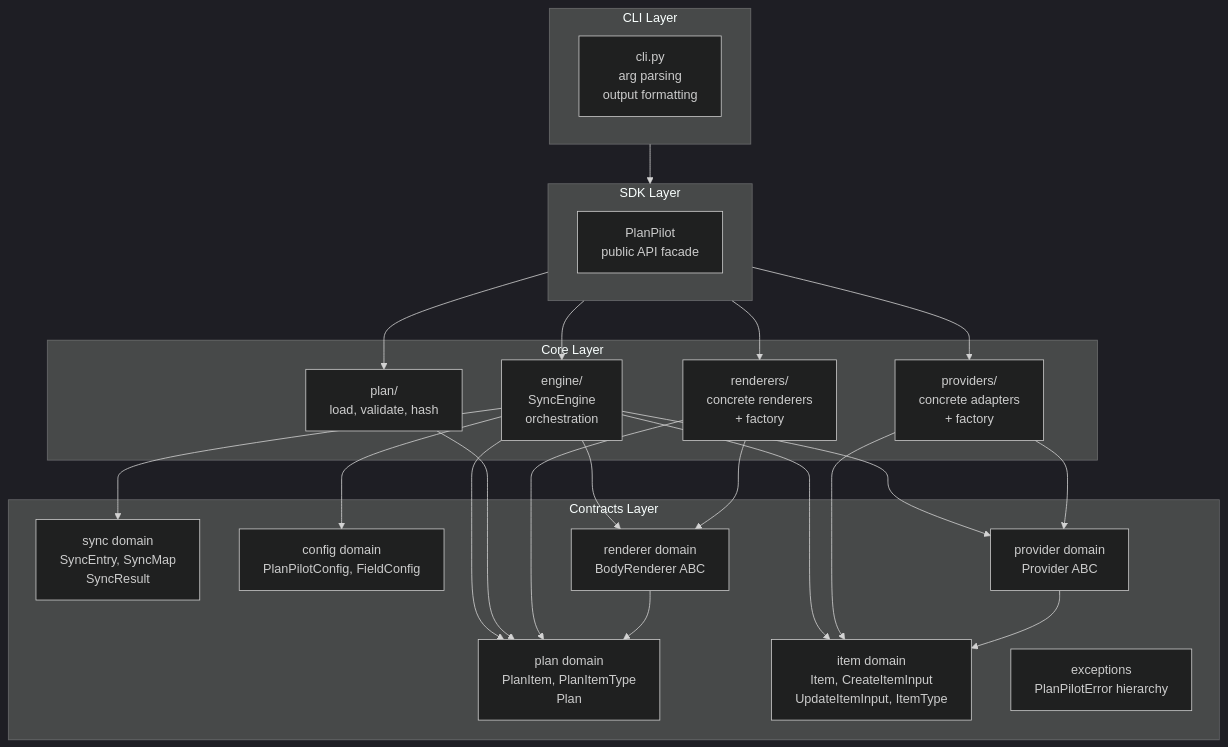
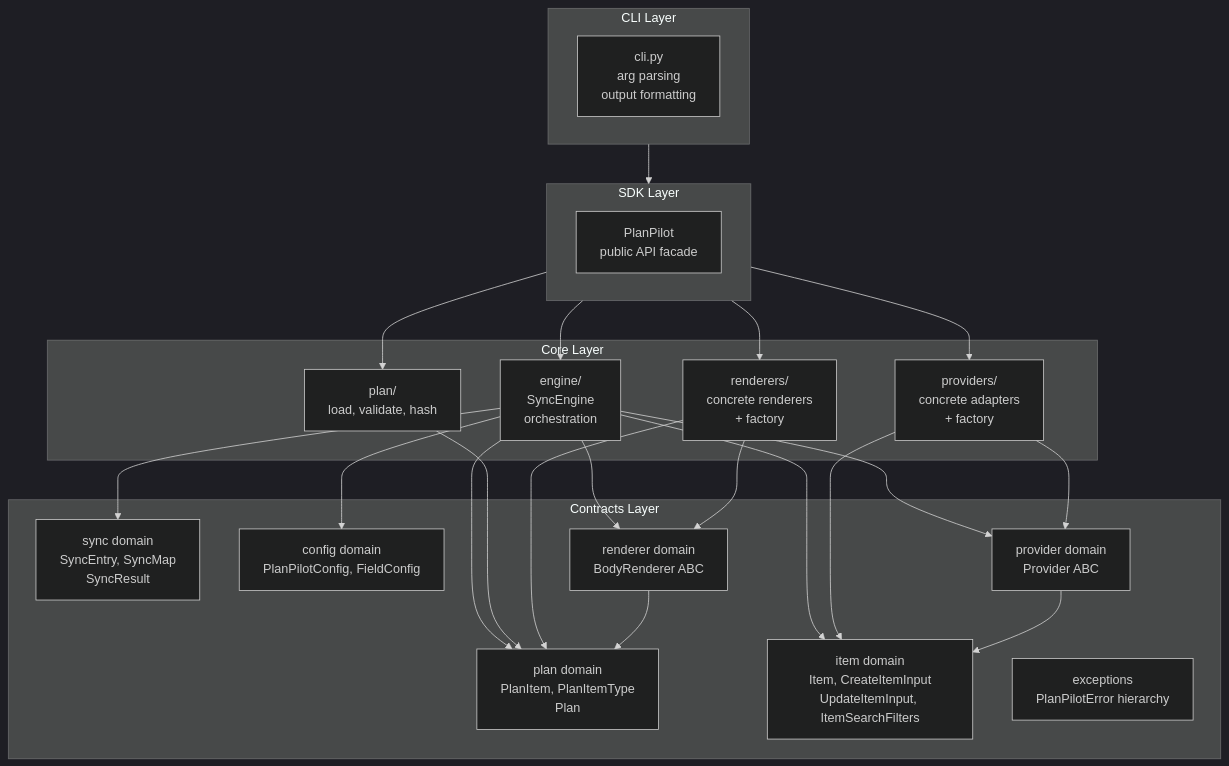
Before and after one commit to aryeko/planpilot: the first of 3 diagrams in docs/v2/architecture.md, drawn with Mermaid (dark theme). The commit also changed other lines of this file and 4 other files, not shown here.

````diff
--- a/docs/v2/architecture.md
+++ b/docs/v2/architecture.md
@@ -22,46 +22,46 @@
 ```mermaid
 flowchart TB
     subgraph Contracts["Contracts Layer"]
         PlanDomain["plan domain<br/>PlanItem, PlanItemType<br/>Plan"]
-        ItemDomain["item domain<br/>Item, CreateItemInput<br/>UpdateItemInput, ItemType"]
+        ItemDomain["item domain<br/>Item, CreateItemInput<br/>UpdateItemInput, ItemSearchFilters"]
         SyncDomain["sync domain<br/>SyncEntry, SyncMap<br/>SyncResult"]
         ConfigDomain["config domain<br/>PlanPilotConfig, FieldConfig"]
         ProviderDomain["provider domain<br/>Provider ABC"]
         RendererDomain["renderer domain<br/>BodyRenderer ABC"]
         Exceptions["exceptions<br/>PlanPilotError hierarchy"]
     end
 
     subgraph Core["Core Layer"]
         Engine["engine/<br/>SyncEngine<br/>orchestration"]
         PlanCore["plan/<br/>load, validate, hash"]
         Providers["providers/<br/>concrete adapters<br/>+ factory"]
         Renderers["renderers/<br/>concrete renderers<br/>+ factory"]
     end
 
     subgraph SDK["SDK Layer"]
         PlanPilot["PlanPilot<br/>public API facade"]
     end
 
     subgraph CLI["CLI Layer"]
         CLIModule["cli.py<br/>arg parsing<br/>output formatting"]
     end
 
     CLI --> SDK
     SDK --> Engine
     SDK --> PlanCore
     SDK --> Providers
     SDK --> Renderers
     Engine --> ProviderDomain
     Engine --> RendererDomain
     Engine --> PlanDomain
     Engine --> ItemDomain
     Engine --> SyncDomain
     Engine --> ConfigDomain
     PlanCore --> PlanDomain
     Providers --> ProviderDomain
     Providers --> ItemDomain
     Renderers --> RendererDomain
     Renderers --> PlanDomain
     RendererDomain --> PlanDomain
     ProviderDomain --> ItemDomain
 ```
````
